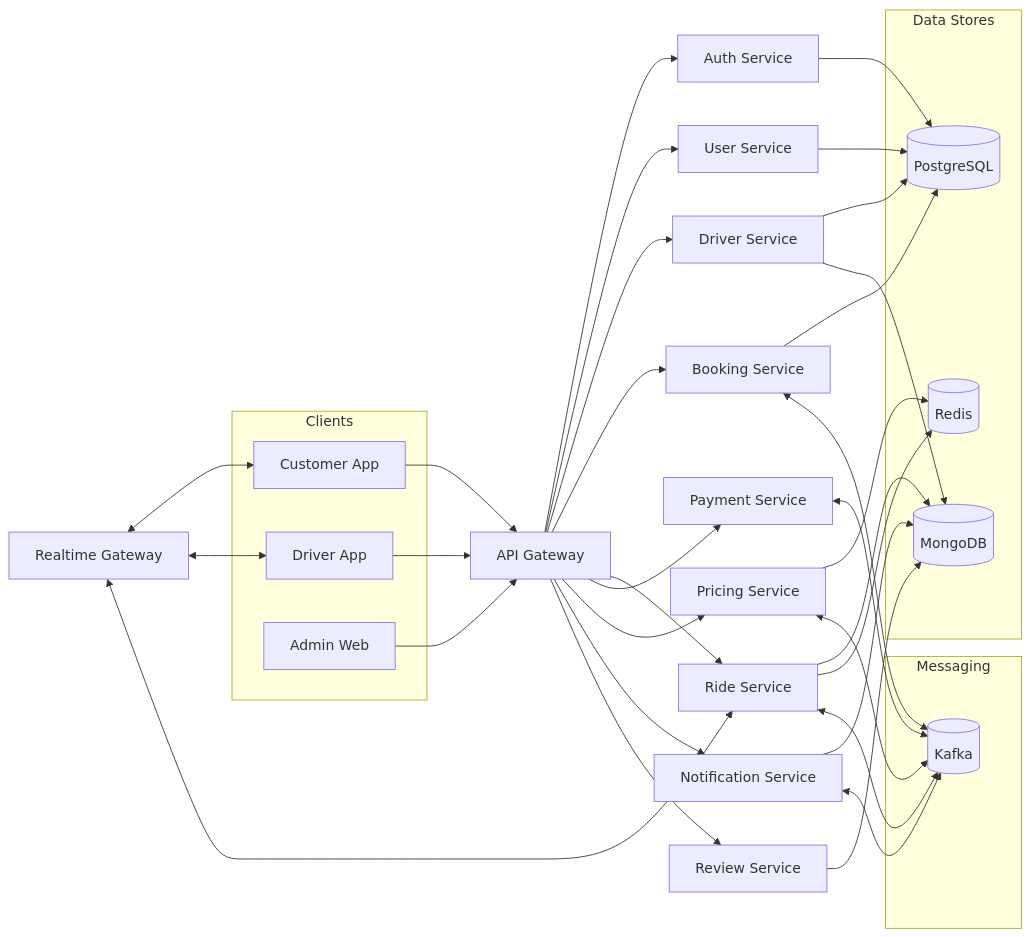
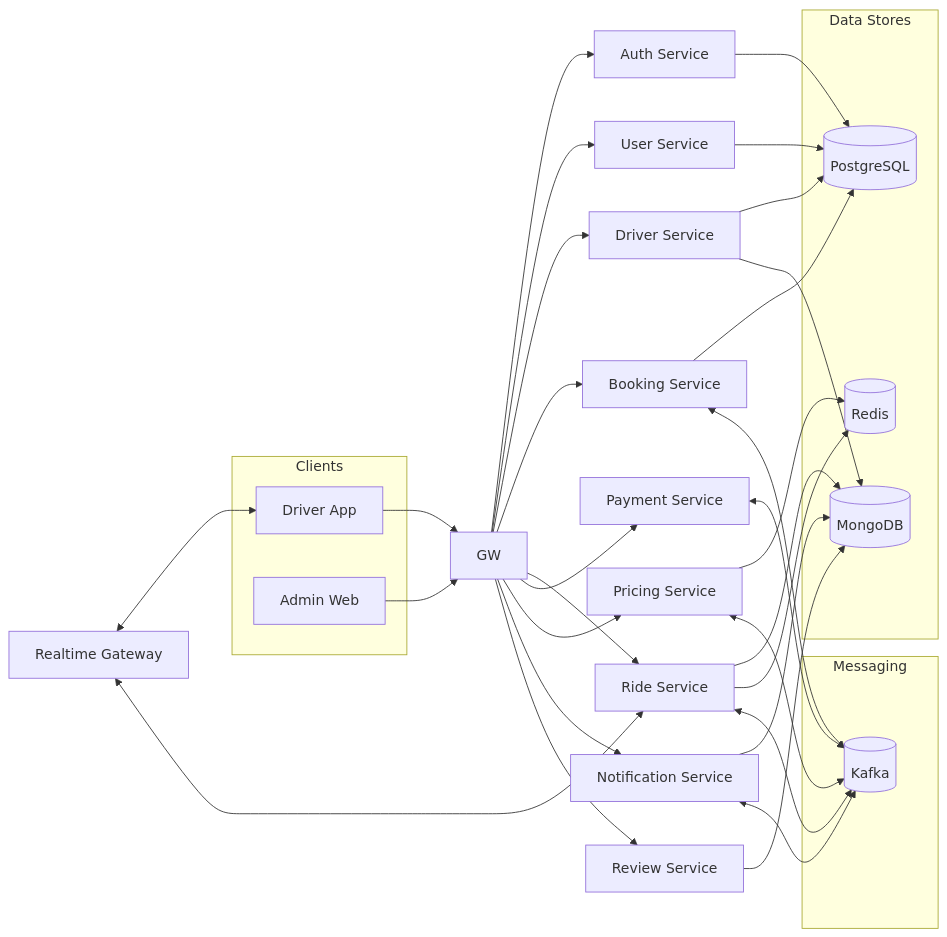
Before and after one commit to truong-devops/DHHTTT18B-N21-cab-system: the first of 6 diagrams in README.md, drawn with Mermaid. The commit also changed other lines of this file and 64 other files, not shown here.

````diff
--- a/README.md
+++ b/README.md
@@ -61,53 +61,50 @@
 ```mermaid
 flowchart LR
   subgraph Clients
-    C1[Customer App]
     C2[Driver App]
     C3[Admin Web]
   end
 
-  C1 --> GW[API Gateway]
   C2 --> GW
   C3 --> GW
 
   GW --> AUTH[Auth Service]
   GW --> USER[User Service]
   GW --> DRIVER[Driver Service]
   GW --> BOOK[Booking Service]
   GW --> RIDE[Ride Service]
   GW --> PAY[Payment Service]
   GW --> PRICE[Pricing Service]
   GW --> NOTI[Notification Service]
   GW --> REVIEW[Review Service]
 
-  RT[Realtime Gateway] <--> C1
-  RT <--> C2
+  RT[Realtime Gateway] <--> C2
   RT <--> RIDE
 
   subgraph Data Stores
     PG[(PostgreSQL)]
     MG[(MongoDB)]
     RD[(Redis)]
   end
 
   AUTH --> PG
   USER --> PG
   DRIVER --> PG
   DRIVER --> MG
   BOOK --> PG
   RIDE --> MG
   NOTI --> MG
   REVIEW --> MG
   PRICE --> RD
   RIDE --> RD
 
   subgraph Messaging
     KAFKA[(Kafka)]
   end
 
   BOOK <--> KAFKA
   RIDE <--> KAFKA
   PRICE <--> KAFKA
   PAY <--> KAFKA
   NOTI <--> KAFKA
 ```
````
